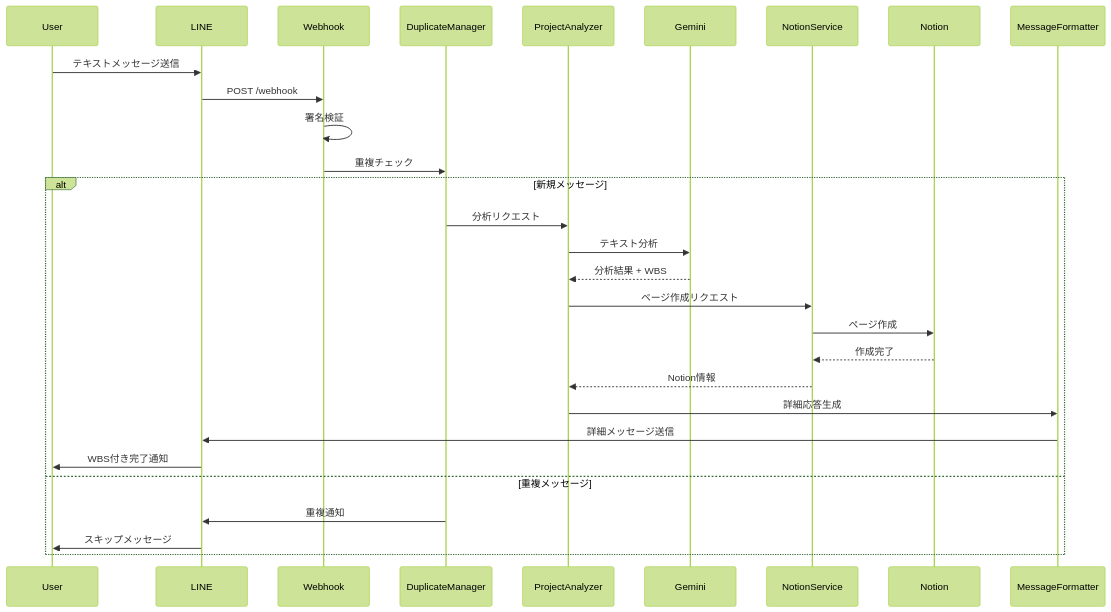
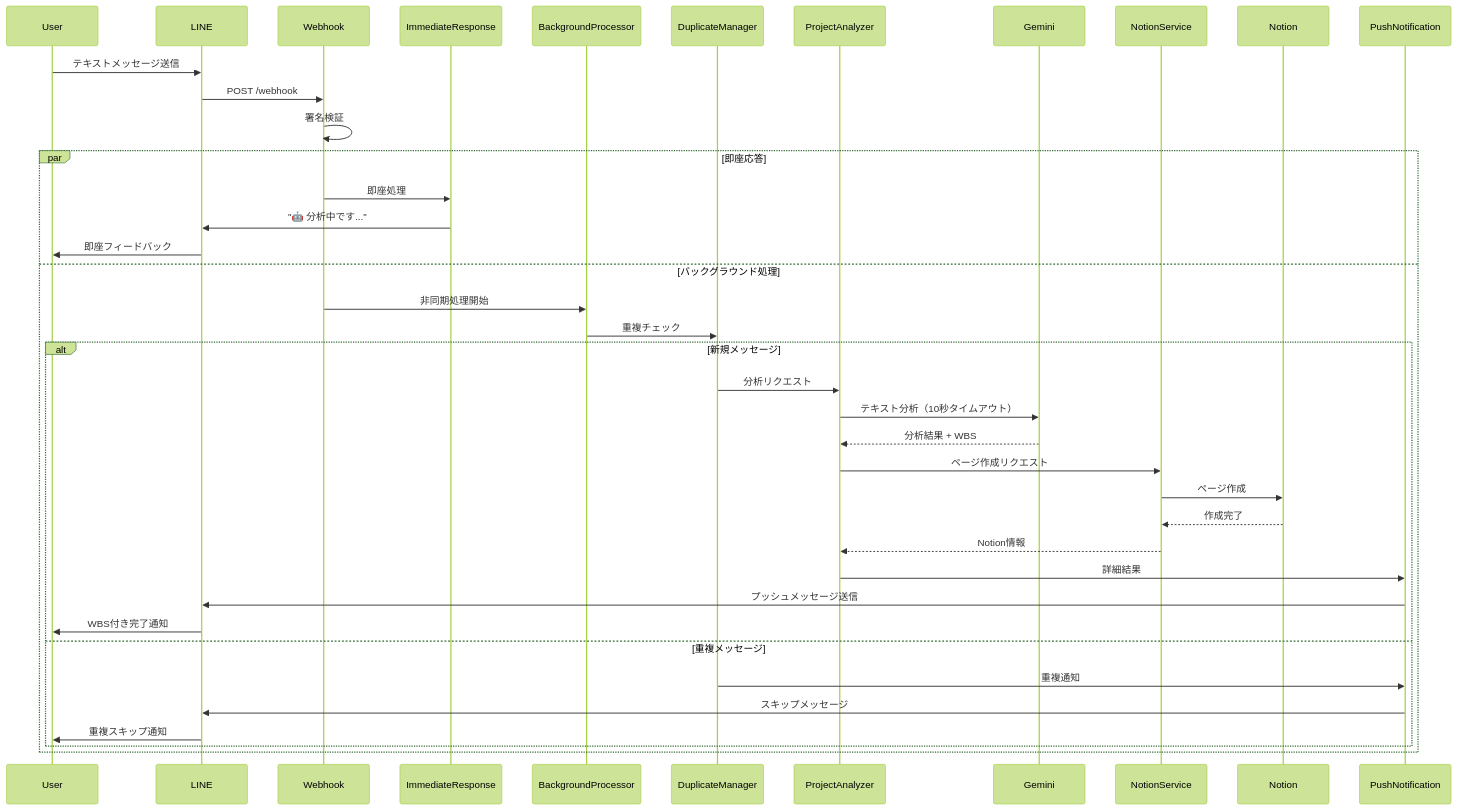
Before and after one commit to t-hamamura/line-pm: the second of 5 diagrams in docs/architecture_doc.md, drawn with Mermaid (forest theme). The commit also changed other lines of this file and 5 other files, not shown here.

````diff
--- a/docs/architecture_doc.md
+++ b/docs/architecture_doc.md
@@ -101,33 +110,44 @@
 ```mermaid
 sequenceDiagram
     participant User
     participant LINE
     participant Webhook
+    participant ImmediateResponse
+    participant BackgroundProcessor
     participant DuplicateManager
     participant ProjectAnalyzer
     participant Gemini
     participant NotionService
     participant Notion
-    participant MessageFormatter
+    participant PushNotification
     
     User->>LINE: テキストメッセージ送信
     LINE->>Webhook: POST /webhook
     Webhook->>Webhook: 署名検証
-    Webhook->>DuplicateManager: 重複チェック
     
-    alt 新規メッセージ
-        DuplicateManager->>ProjectAnalyzer: 分析リクエスト
-        ProjectAnalyzer->>Gemini: テキスト分析
-        Gemini-->>ProjectAnalyzer: 分析結果 + WBS
-        ProjectAnalyzer->>NotionService: ページ作成リクエスト
-        NotionService->>Notion: ページ作成
-        Notion-->>NotionService: 作成完了
-        NotionService-->>ProjectAnalyzer: Notion情報
-        ProjectAnalyzer->>MessageFormatter: 詳細応答生成
-        MessageFormatter->>LINE: 詳細メッセージ送信
-        LINE->>User: WBS付き完了通知
-    else 重複メッセージ
-        DuplicateManager->>LINE: 重複通知
-        LINE->>User: スキップメッセージ
+    par 即座応答
+        Webhook->>ImmediateResponse: 即座処理
+        ImmediateResponse->>LINE: "🤖 分析中です..."
+        LINE->>User: 即座フィードバック
+    and バックグラウンド処理
+        Webhook->>BackgroundProcessor: 非同期処理開始
+        BackgroundProcessor->>DuplicateManager: 重複チェック
+        
+        alt 新規メッセージ
+            DuplicateManager->>ProjectAnalyzer: 分析リクエスト
+            ProjectAnalyzer->>Gemini: テキスト分析（10秒タイムアウト）
+            Gemini-->>ProjectAnalyzer: 分析結果 + WBS
+            ProjectAnalyzer->>NotionService: ページ作成リクエスト
+            NotionService->>Notion: ページ作成
+            Notion-->>NotionService: 作成完了
+            NotionService-->>ProjectAnalyzer: Notion情報
+            ProjectAnalyzer->>PushNotification: 詳細結果
+            PushNotification->>LINE: プッシュメッセージ送信
+            LINE->>User: WBS付き完了通知
+        else 重複メッセージ
+            DuplicateManager->>PushNotification: 重複通知
+            PushNotification->>LINE: スキップメッセージ
+            LINE->>User: 重複スキップ通知
+        end
     end
 ```
````
